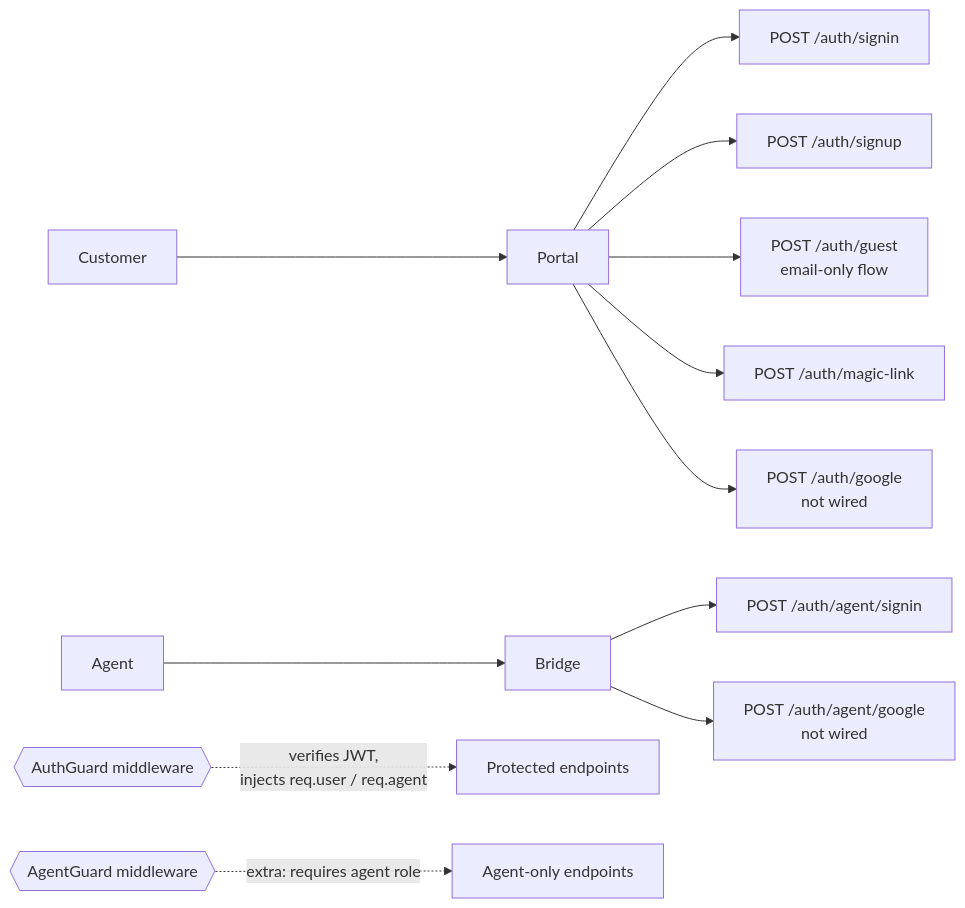
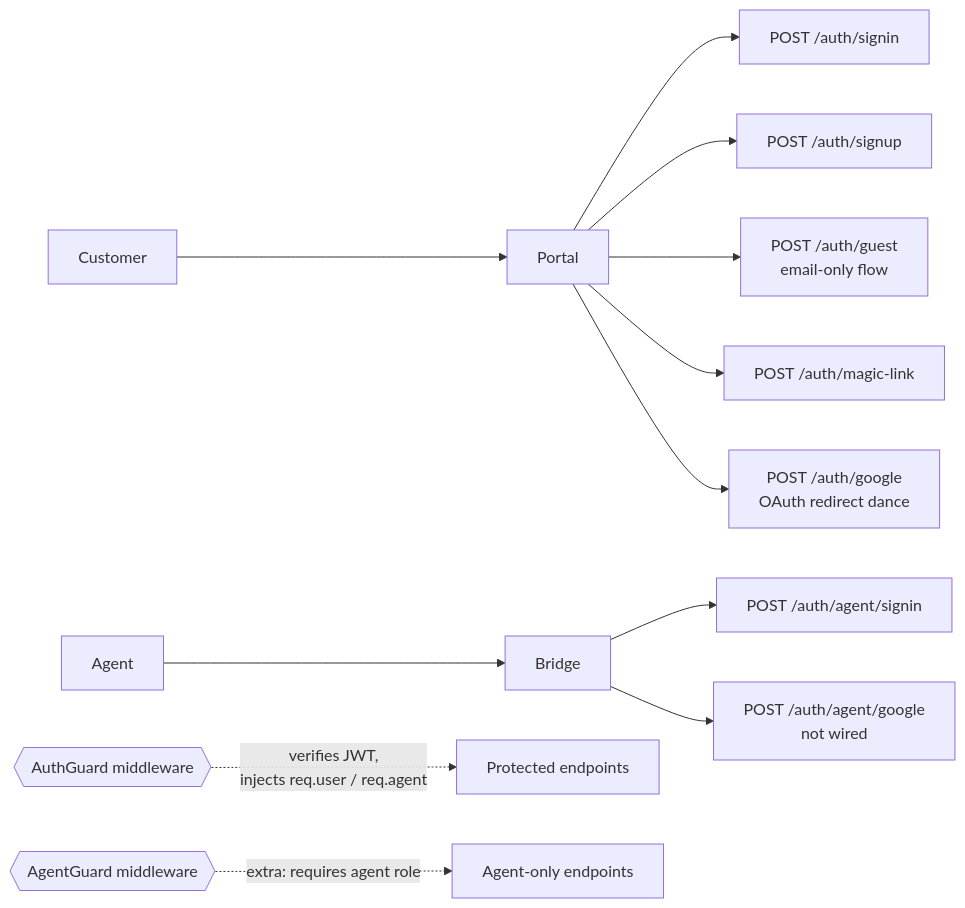
Before and after one commit to Vignesh-Siva96/tmr_athena: the first of 2 diagrams in docs/atlas/auth.md, drawn with Mermaid. The commit also changed other lines of this file and 164 other files, not shown here.

````diff
--- a/docs/atlas/auth.md
+++ b/docs/atlas/auth.md
@@ -23,18 +23,18 @@
 ```mermaid
 flowchart LR
   Customer[Customer] --> Portal
   Portal --> EP[POST /auth/signin]
   Portal --> SU[POST /auth/signup]
   Portal --> Guest[POST /auth/guest<br/>email-only flow]
   Portal --> ML[POST /auth/magic-link]
-  Portal --> GO[POST /auth/google<br/>not wired]
+  Portal --> GO[POST /auth/google<br/>OAuth redirect dance]
 
   Agent[Agent] --> Bridge
   Bridge --> AS[POST /auth/agent/signin]
   Bridge --> AG[POST /auth/agent/google<br/>not wired]
 
   AuthGuard{{AuthGuard middleware}}
   AgentGuard{{AgentGuard middleware}}
   AuthGuard -.->|verifies JWT,<br/>injects req.user / req.agent| Protected[Protected endpoints]
   AgentGuard -.->|extra: requires agent role| AgentOnly[Agent-only endpoints]
 ```
````
